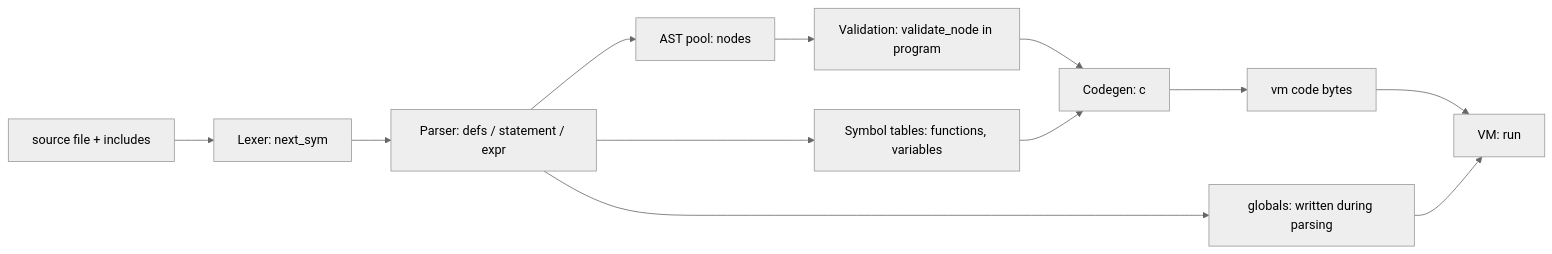
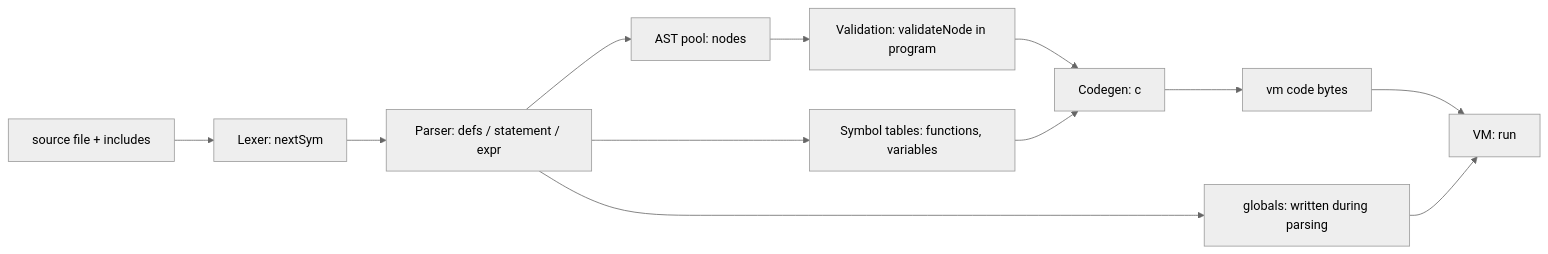
Before and after one commit to CCurl/mc: the diagram in TechnicalOverview.md, drawn with Mermaid (neutral theme). The commit also changed other lines of this file and 17 other files, not shown here.

````diff
--- a/TechnicalOverview.md
+++ b/TechnicalOverview.md
@@ -5,14 +5,14 @@
 ```mermaid
 flowchart LR
-    A[source file + includes] --> B[Lexer: next_sym]
+    A[source file + includes] --> B[Lexer: nextSym]
     B --> C[Parser: defs / statement / expr]
     C --> D[AST pool: nodes]
     C --> E[Symbol tables: functions, variables]
     C --> K[globals: written during parsing]
-    D --> F[Validation: validate_node in program]
+    D --> F[Validation: validateNode in program]
     F --> G[Codegen: c]
     E --> G
     G --> H[vm code bytes]
     H --> J[VM: run]
     K --> J
 ```
````
